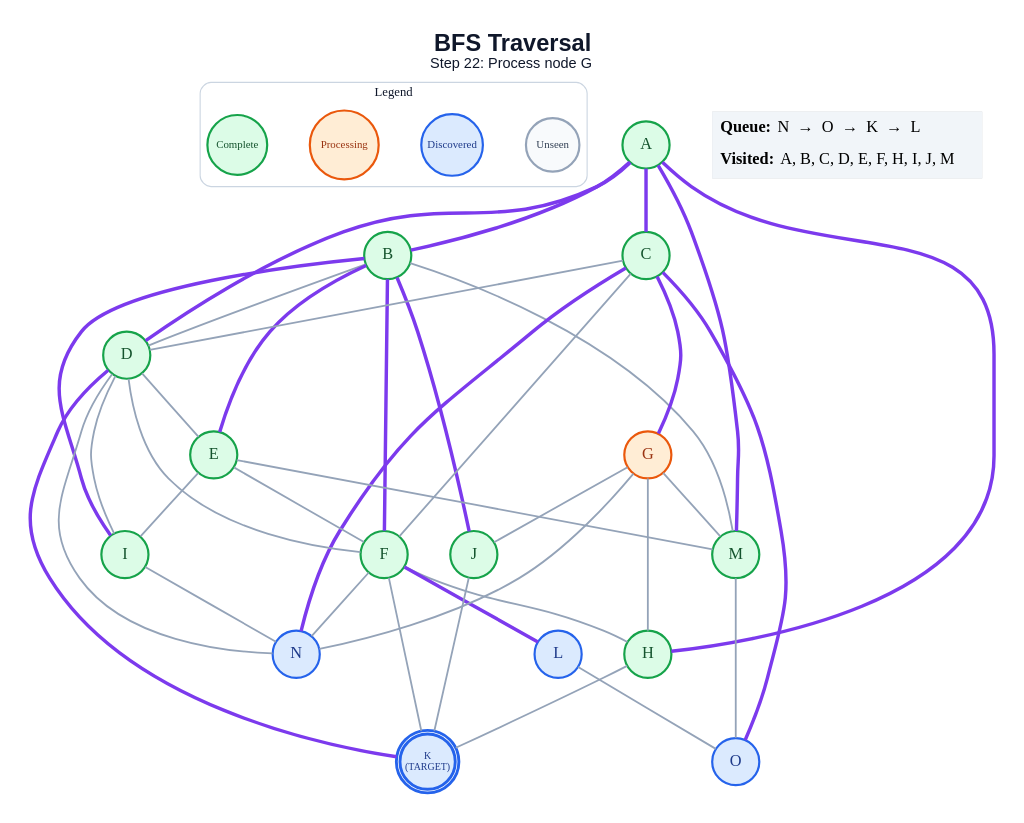
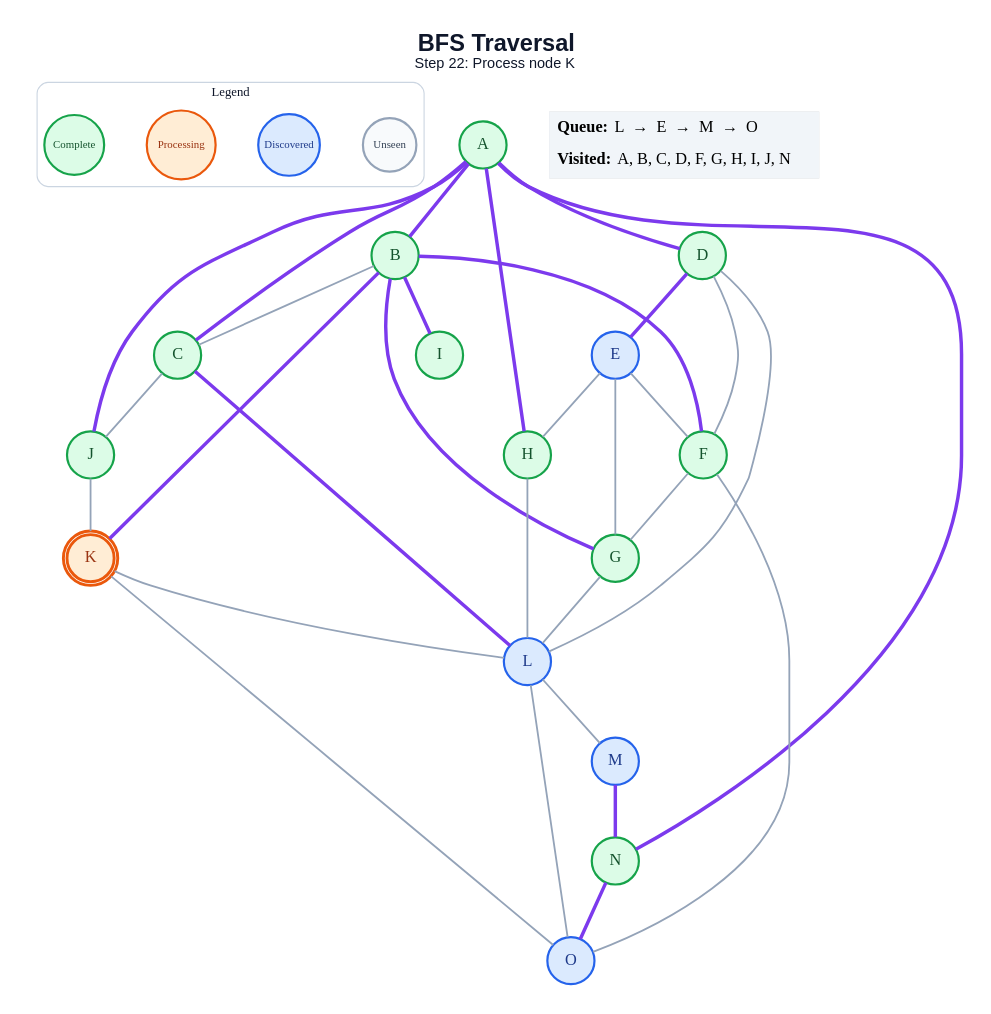
Before and after one commit to anon7238593-create/ai-slop: the diagram in generated/specific-node/bfs/step_22.dot, drawn with Graphviz. The commit also changed 265 other files, not shown here.

```diff
--- a/generated/specific-node/bfs/step_22.dot
+++ b/generated/specific-node/bfs/step_22.dot
@@ -1,71 +1,64 @@
 graph traversal {
   graph [layout=dot, rankdir=TB, bgcolor="#FFFFFF", pad="0.35", nodesep="0.65", ranksep="0.8", fontname="Arial"];
   node [shape=circle, style="filled", fontname="Arial Bold", fontsize=18, width=0.72, fixedsize=true, penwidth=2.4];
   edge [color="#94A3B8", penwidth=2.0];
-  label=<<B>BFS Traversal</B><BR/><FONT POINT-SIZE="16">Step 22: Process node G</FONT>>; labelloc="t"; fontsize=26; fontname="Arial"; fontcolor="#0F172A";
+  label=<<B>BFS Traversal</B><BR/><FONT POINT-SIZE="16">Step 22: Process node K</FONT>>; labelloc="t"; fontsize=26; fontname="Arial"; fontcolor="#0F172A";
   subgraph cluster_legend { label="Legend"; color="#CBD5E1"; penwidth=1.2; style="rounded"; fontsize=14; fontname="Arial Bold";
     key_unseen [label="Unseen", fillcolor="#F8FAFC", color="#94A3B8", fontcolor="#334155", fontsize=12, width=0.82];
     key_frontier [label="Discovered", fillcolor="#DBEAFE", color="#2563EB", fontcolor="#1E3A8A", fontsize=12, width=0.95];
     key_current [label="Processing", fillcolor="#FFEDD5", color="#EA580C", fontcolor="#9A3412", fontsize=12, width=1.05];
     key_done [label="Complete", fillcolor="#DCFCE7", color="#16A34A", fontcolor="#14532D", fontsize=12, width=0.92];
     { rank=same; key_unseen; key_frontier; key_current; key_done; }
   }
   A [label="A", fillcolor="#DCFCE7", color="#16A34A", fontcolor="#14532D", peripheries=1, penwidth=2.4];
   B [label="B", fillcolor="#DCFCE7", color="#16A34A", fontcolor="#14532D", peripheries=1, penwidth=2.4];
   C [label="C", fillcolor="#DCFCE7", color="#16A34A", fontcolor="#14532D", peripheries=1, penwidth=2.4];
   D [label="D", fillcolor="#DCFCE7", color="#16A34A", fontcolor="#14532D", peripheries=1, penwidth=2.4];
-  E [label="E", fillcolor="#DCFCE7", color="#16A34A", fontcolor="#14532D", peripheries=1, penwidth=2.4];
+  E [label="E", fillcolor="#DBEAFE", color="#2563EB", fontcolor="#1E3A8A", peripheries=1, penwidth=2.4];
   F [label="F", fillcolor="#DCFCE7", color="#16A34A", fontcolor="#14532D", peripheries=1, penwidth=2.4];
-  G [label="G", fillcolor="#FFEDD5", color="#EA580C", fontcolor="#9A3412", peripheries=1, penwidth=2.4];
+  G [label="G", fillcolor="#DCFCE7", color="#16A34A", fontcolor="#14532D", peripheries=1, penwidth=2.4];
   H [label="H", fillcolor="#DCFCE7", color="#16A34A", fontcolor="#14532D", peripheries=1, penwidth=2.4];
   I [label="I", fillcolor="#DCFCE7", color="#16A34A", fontcolor="#14532D", peripheries=1, penwidth=2.4];
   J [label="J", fillcolor="#DCFCE7", color="#16A34A", fontcolor="#14532D", peripheries=1, penwidth=2.4];
-  K [label="K\n(TARGET)", fillcolor="#DBEAFE", color="#2563EB", fontcolor="#1E3A8A", peripheries=2, penwidth=3.2, fontsize=11, width=0.85, height=0.85];
+  K [label="K", fillcolor="#FFEDD5", color="#EA580C", fontcolor="#9A3412", peripheries=2, penwidth=3.2];
   L [label="L", fillcolor="#DBEAFE", color="#2563EB", fontcolor="#1E3A8A", peripheries=1, penwidth=2.4];
-  M [label="M", fillcolor="#DCFCE7", color="#16A34A", fontcolor="#14532D", peripheries=1, penwidth=2.4];
-  N [label="N", fillcolor="#DBEAFE", color="#2563EB", fontcolor="#1E3A8A", peripheries=1, penwidth=2.4];
+  M [label="M", fillcolor="#DBEAFE", color="#2563EB", fontcolor="#1E3A8A", peripheries=1, penwidth=2.4];
+  N [label="N", fillcolor="#DCFCE7", color="#16A34A", fontcolor="#14532D", peripheries=1, penwidth=2.4];
   O [label="O", fillcolor="#DBEAFE", color="#2563EB", fontcolor="#1E3A8A", peripheries=1, penwidth=2.4];
   A -- B [color="#7C3AED", penwidth=3.8];
   A -- C [color="#7C3AED", penwidth=3.8];
   A -- D [color="#7C3AED", penwidth=3.8];
   A -- H [color="#7C3AED", penwidth=3.8];
-  A -- M [color="#7C3AED", penwidth=3.8];
-  B -- D;
-  B -- E [color="#7C3AED", penwidth=3.8];
+  A -- J [color="#7C3AED", penwidth=3.8];
+  A -- N [color="#7C3AED", penwidth=3.8];
+  B -- C;
   B -- F [color="#7C3AED", penwidth=3.8];
+  B -- G [color="#7C3AED", penwidth=3.8];
   B -- I [color="#7C3AED", penwidth=3.8];
-  B -- J [color="#7C3AED", penwidth=3.8];
-  B -- M;
-  C -- D;
-  C -- F;
-  C -- G [color="#7C3AED", penwidth=3.8];
-  C -- N [color="#7C3AED", penwidth=3.8];
-  C -- O [color="#7C3AED", penwidth=3.8];
-  D -- E;
+  B -- K [color="#7C3AED", penwidth=3.8];
+  C -- J;
+  C -- L [color="#7C3AED", penwidth=3.8];
+  D -- E [color="#7C3AED", penwidth=3.8];
   D -- F;
-  D -- I;
-  D -- K [color="#7C3AED", penwidth=3.8];
-  D -- N;
+  D -- L;
   E -- F;
-  E -- I;
-  E -- M;
-  F -- H;
-  F -- K;
-  F -- L [color="#7C3AED", penwidth=3.8];
-  F -- N;
-  G -- H;
-  G -- J;
-  G -- M;
-  G -- N;
-  H -- K;
-  I -- N;
+  E -- G;
+  E -- H;
+  F -- G;
+  F -- O;
+  G -- L;
+  H -- L;
   J -- K;
+  K -- L;
+  K -- O;
+  L -- M;
   L -- O;
-  M -- O;
+  M -- N [color="#7C3AED", penwidth=3.8];
+  N -- O [color="#7C3AED", penwidth=3.8];
   status [shape=plain, fixedsize=false, width=0, height=0, margin=0, label=<
     <TABLE BORDER="0" CELLBORDER="0" CELLPADDING="7" BGCOLOR="#F1F5F9">
-      <TR><TD ALIGN="LEFT"><B>Queue:</B> N  →  O  →  K  →  L</TD></TR>
-      <TR><TD ALIGN="LEFT"><B>Visited:</B> A, B, C, D, E, F, H, I, J, M</TD></TR>
+      <TR><TD ALIGN="LEFT"><B>Queue:</B> L  →  E  →  M  →  O</TD></TR>
+      <TR><TD ALIGN="LEFT"><B>Visited:</B> A, B, C, D, F, G, H, I, J, N</TD></TR>
     </TABLE>
   >];
 }
```
